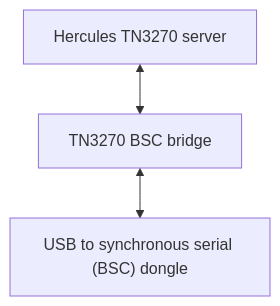
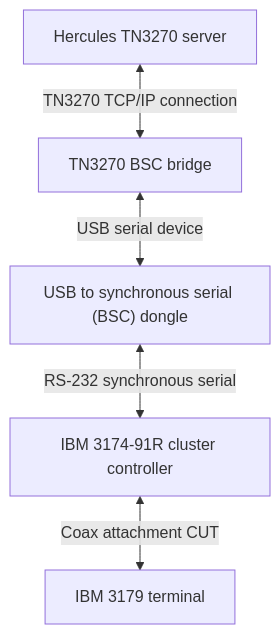
The diagram in README.md (twinslow/tn3270-bsc-bridge), drawn with Mermaid before and after one commit. The commit also changed other lines of this file, not shown here.

Commit message:
Readme update

````diff
--- a/README.md
+++ b/README.md
@@ -13,8 +14,12 @@
 ```mermaid
 flowchart TD
     tn3270[Hercules TN3270 server]
     bridge[TN3270 BSC bridge]
     dongle["USB to synchronous serial (BSC) dongle"]
-    tn3270 <--> bridge
-    bridge <--> dongle
+    3174[IBM 3174-91R cluster controller]
+    3179[IBM 3179 terminal]
+    tn3270 <--> |TN3270 TCP/IP connection|bridge
+    bridge <--> |USB serial device|dongle
+    dongle <--> |RS-232 synchronous serial|3174
+    3174 <--> |Coax attachment CUT|3179
 ```
````
